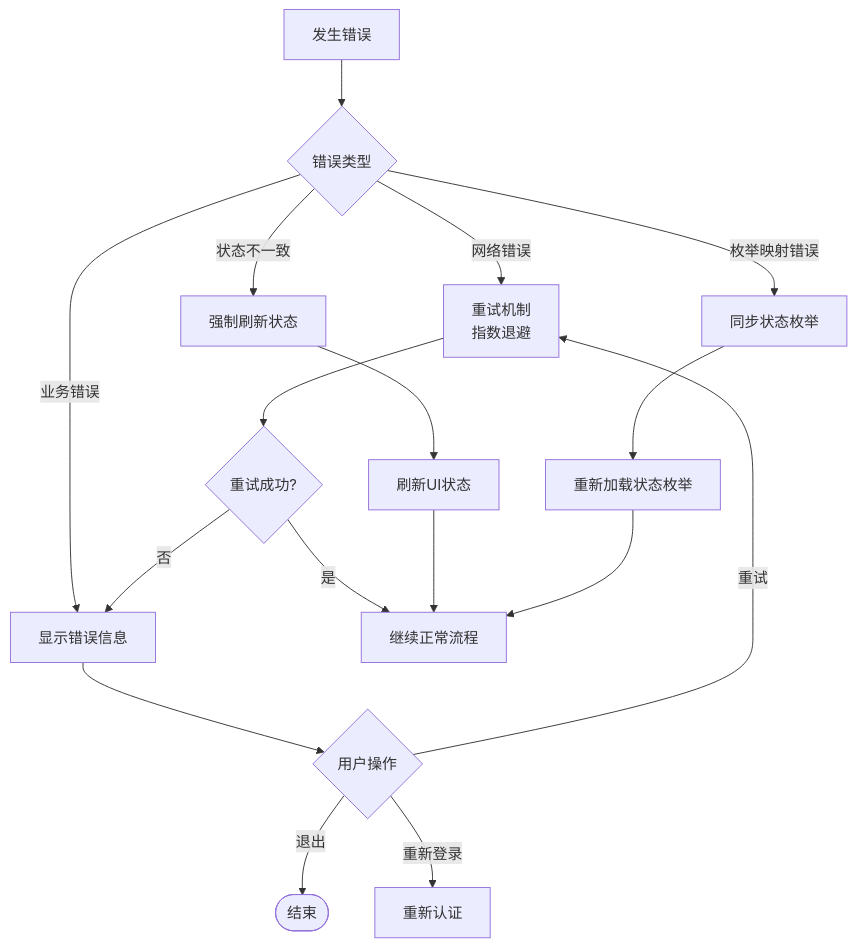
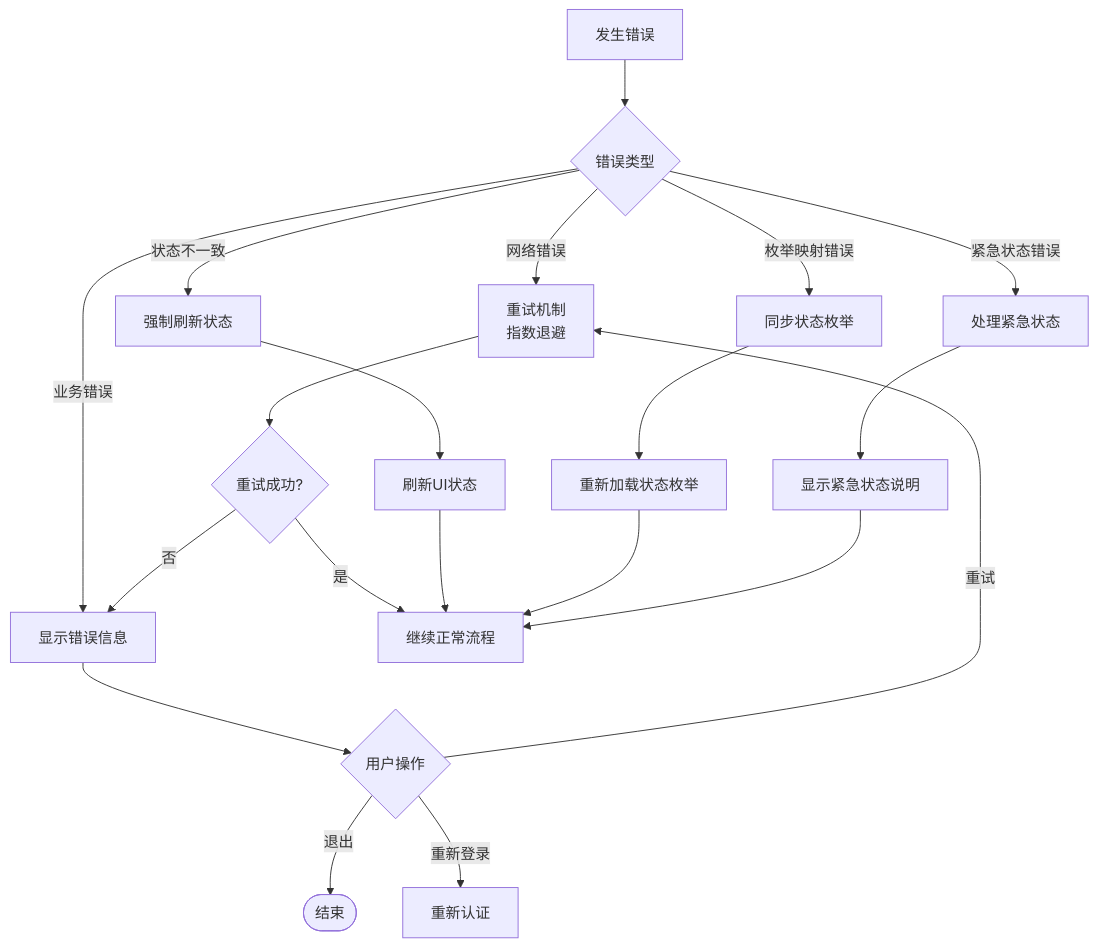
Before and after one commit to Jayden23018/blind-run-ios: diagram 13 of 13 in .qoder/repowiki/zh/content/核心功能模块/订单生命周期管理.md, drawn with Mermaid. The commit also changed other lines of this file and 11 other files, not shown here.

Commit message:
Unify emergency safety flow and status handling

````diff
--- a/.qoder/repowiki/zh/content/核心功能模块/订单生命周期管理.md
+++ b/.qoder/repowiki/zh/content/核心功能模块/订单生命周期管理.md
@@ -627,19 +694,22 @@
 ```mermaid
 flowchart TD
 Error[发生错误] --> CheckType{错误类型}
 CheckType --> |网络错误| Retry["重试机制<br/>指数退避"]
 CheckType --> |业务错误| ShowError["显示错误信息"]
 CheckType --> |状态不一致| ForceRefresh["强制刷新状态"]
 CheckType --> |枚举映射错误| SyncEnums["同步状态枚举"]
+CheckType --> |紧急状态错误| HandleEmergency["处理紧急状态"]
 Retry --> Success{"重试成功?"}
 Success --> |是| Continue["继续正常流程"]
 Success --> |否| ShowError
 ForceRefresh --> RefreshUI["刷新UI状态"]
 RefreshUI --> Continue
 SyncEnums --> RefreshEnums["重新加载状态枚举"]
 RefreshEnums --> Continue
+HandleEmergency --> ShowEmergencyInfo["显示紧急状态说明"]
+ShowEmergencyInfo --> Continue
 ShowError --> UserAction{"用户操作"}
 UserAction --> |重试| Retry
 UserAction --> |退出| End([结束])
 UserAction --> |重新登录| Reauth["重新认证"]
 ```
````
